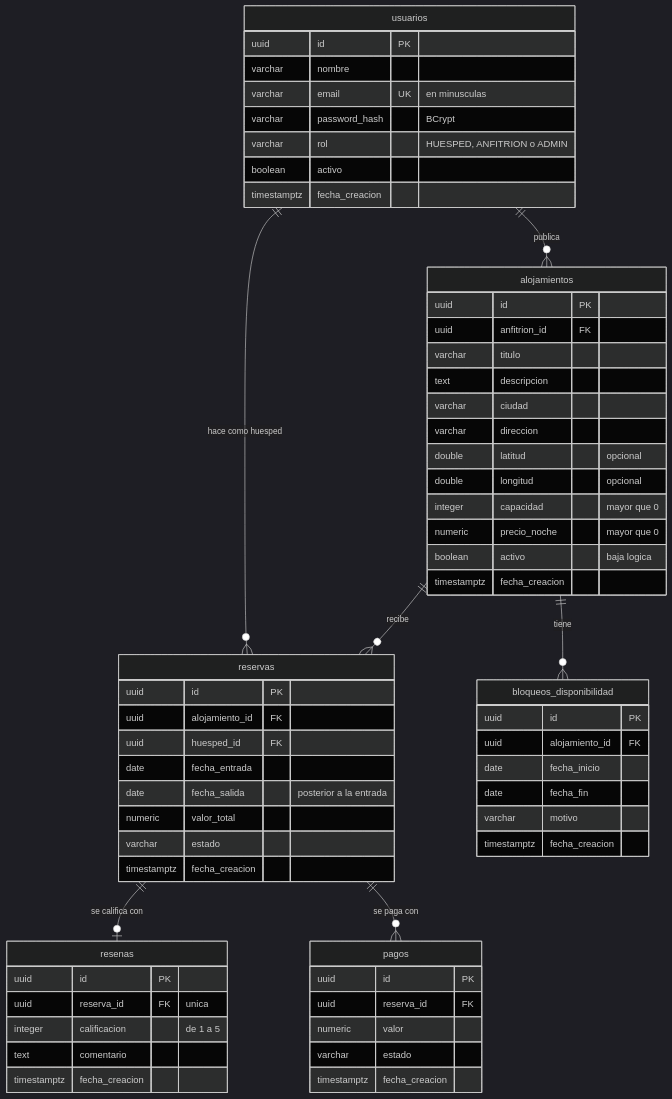
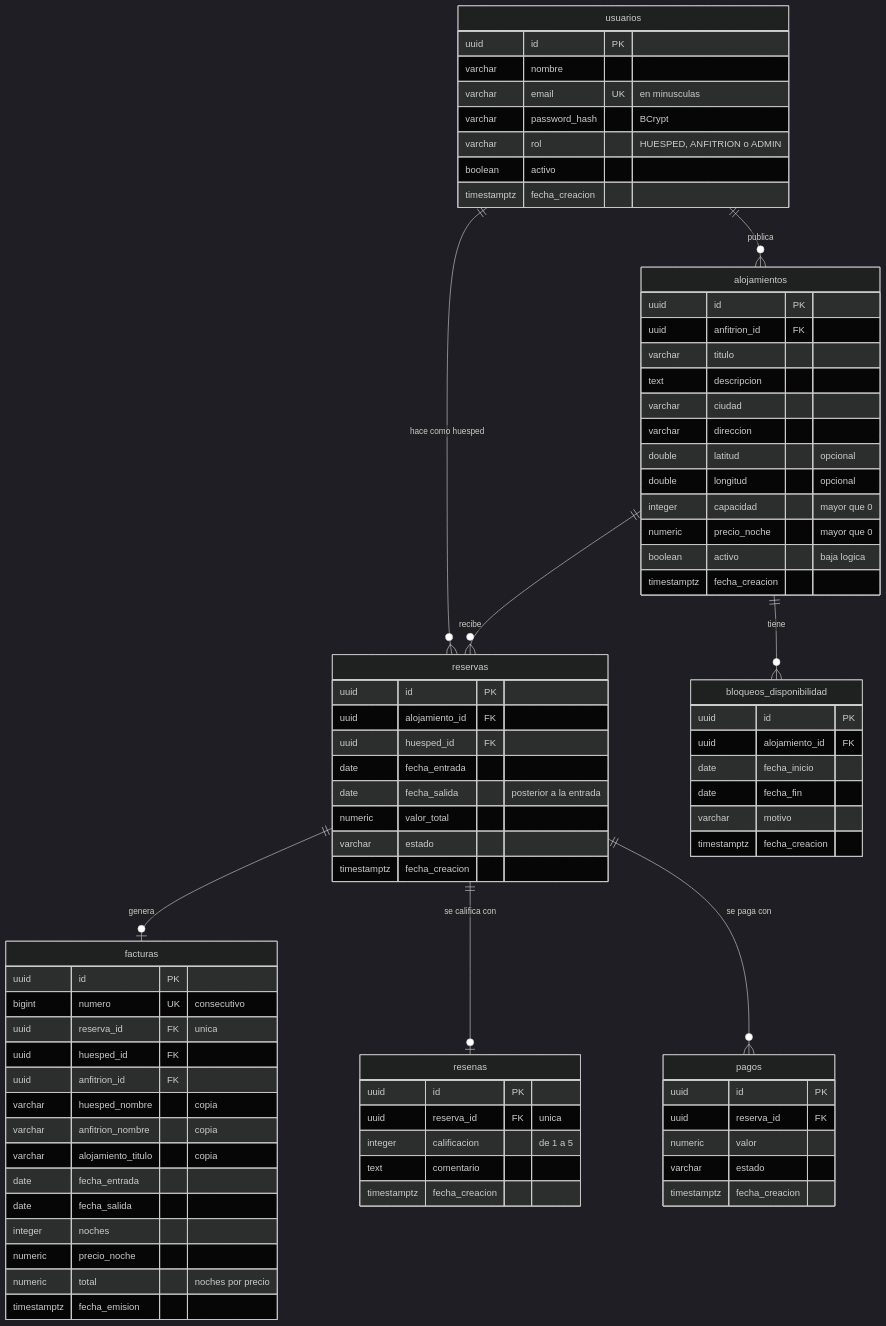
One commit to SantiagoMCaicedo08/upland changed the diagram in docs/DISENO-BD.md. Above: the diagram before and after it, drawn with Mermaid (dark theme). The commit also changed other lines of this file and 2 other files, not shown here.

First line of the commit message:
Documentación de la factura y los filtros, con el diagrama como imagen

```diff
--- a/docs/DISENO-BD.md
+++ b/docs/DISENO-BD.md
@@ -23,6 +26,7 @@
     usuarios ||--o{ reservas : "hace como huesped"
     alojamientos ||--o{ reservas : "recibe"
     alojamientos ||--o{ bloqueos_disponibilidad : "tiene"
+    reservas ||--o| facturas : "genera"
     reservas ||--o| resenas : "se califica con"
     reservas ||--o{ pagos : "se paga con"
 
@@ -79,6 +83,23 @@
         timestamptz fecha_creacion
     }
 
+    facturas {
+        uuid id PK
+        bigint numero UK "consecutivo"
+        uuid reserva_id FK "unica"
+        uuid huesped_id FK
+        uuid anfitrion_id FK
+        varchar huesped_nombre "copia"
+        varchar anfitrion_nombre "copia"
+        varchar alojamiento_titulo "copia"
+        date fecha_entrada
+        date fecha_salida
+        integer noches
+        numeric precio_noche
+        numeric total "noches por precio"
+        timestamptz fecha_emision
+    }
+
     pagos {
         uuid id PK
         uuid reserva_id FK
```
